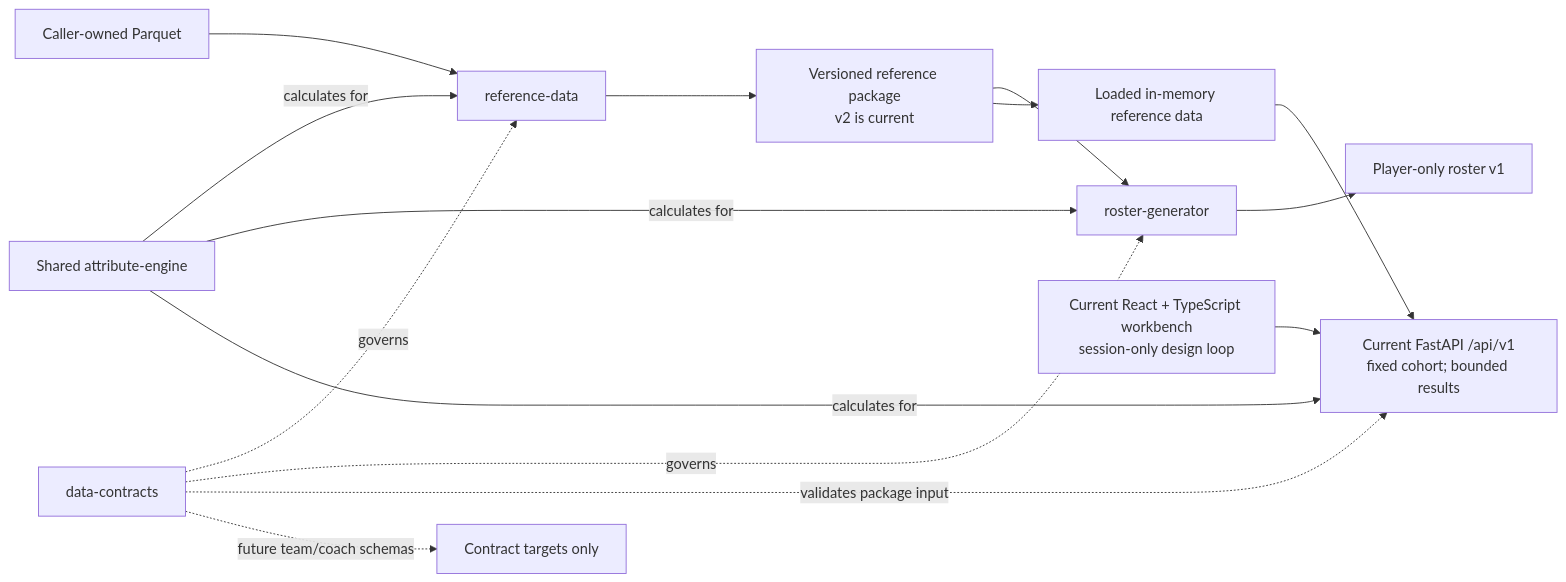
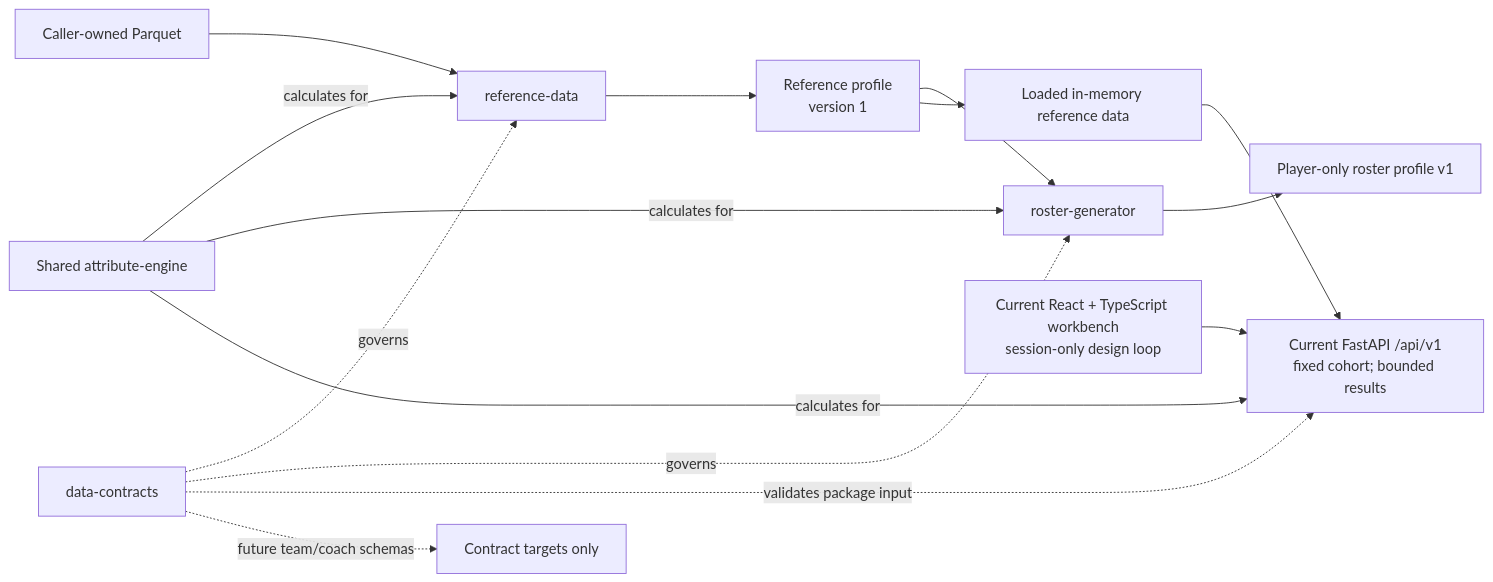
The third of 4 diagrams in docs/presentations/PLAYER_GENERATOR_TECHNICAL_OVERVIEW.md (jimmie-potts/player-generator), drawn with Mermaid before and after one commit. The commit also changed other lines of this file and 65 other files, not shown here.

````diff
--- a/docs/presentations/PLAYER_GENERATOR_TECHNICAL_OVERVIEW.md
+++ b/docs/presentations/PLAYER_GENERATOR_TECHNICAL_OVERVIEW.md
@@ -376,16 +376,16 @@
 ```mermaid
 flowchart LR
     sources["Caller-owned Parquet"] --> reference["reference-data"]
-    reference --> refpkg["Versioned reference package<br/>v2 is current"]
-    refpkg --> roster["roster-generator"] --> rosterpkg["Player-only roster v1"]
+    reference --> refpkg["Reference profile<br/>version 1"]
+    refpkg --> roster["roster-generator"] --> rosterpkg["Player-only roster profile v1"]
     refpkg --> frame["Loaded in-memory reference data"]
     frame --> api["Current FastAPI /api/v1<br/>fixed cohort; bounded results"]
     workbench["Current React + TypeScript workbench<br/>session-only design loop"] --> api
     engine["Shared attribute-engine"] -->|calculates for| reference
     engine -->|calculates for| roster
     engine -->|calculates for| api
     contracts["data-contracts"] -. governs .-> reference
     contracts -. governs .-> roster
     contracts -. validates package input .-> api
     contracts -. future team/coach schemas .-> future["Contract targets only"]
 ```
````
